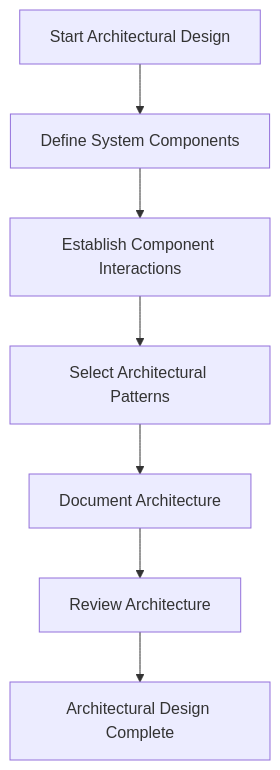
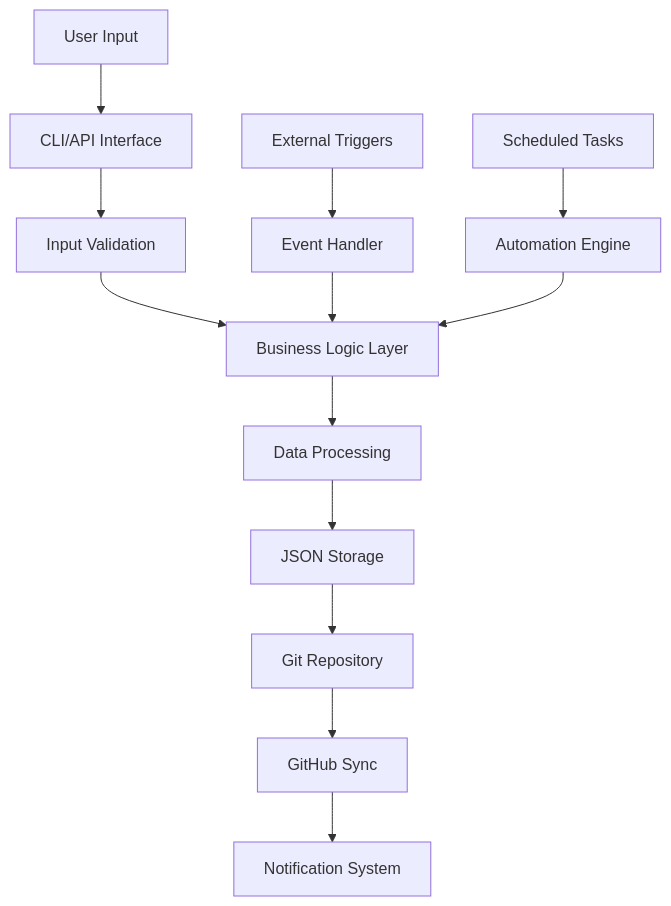
The third of 4 diagrams in Docs/json_inputs_standard/Design/Architectural_Design.md (Shakour-Data/AutoProjectManagement), drawn with Mermaid before and after one commit. The commit also changed other lines of this file, not shown here.

````diff
--- a/Docs/json_inputs_standard/Design/Architectural_Design.md
+++ b/Docs/json_inputs_standard/Design/Architectural_Design.md
@@ -91,9 +259,17 @@
 ```mermaid
-flowchart TD
-    A[Start Architectural Design] --> B[Define System Components]
-    B --> C[Establish Component Interactions]
-    C --> D[Select Architectural Patterns]
-    D --> E[Document Architecture]
-    E --> F[Review Architecture]
-    F --> G[Architectural Design Complete]
+graph TD
+    A[User Input] --> B[CLI/API Interface]
+    B --> C[Input Validation]
+    C --> D[Business Logic Layer]
+    D --> E[Data Processing]
+    E --> F[JSON Storage]
+    F --> G[Git Repository]
+    G --> H[GitHub Sync]
+    H --> I[Notification System]
+    
+    J[External Triggers] --> K[Event Handler]
+    K --> D
+    
+    L[Scheduled Tasks] --> M[Automation Engine]
+    M --> D
 ```
````
